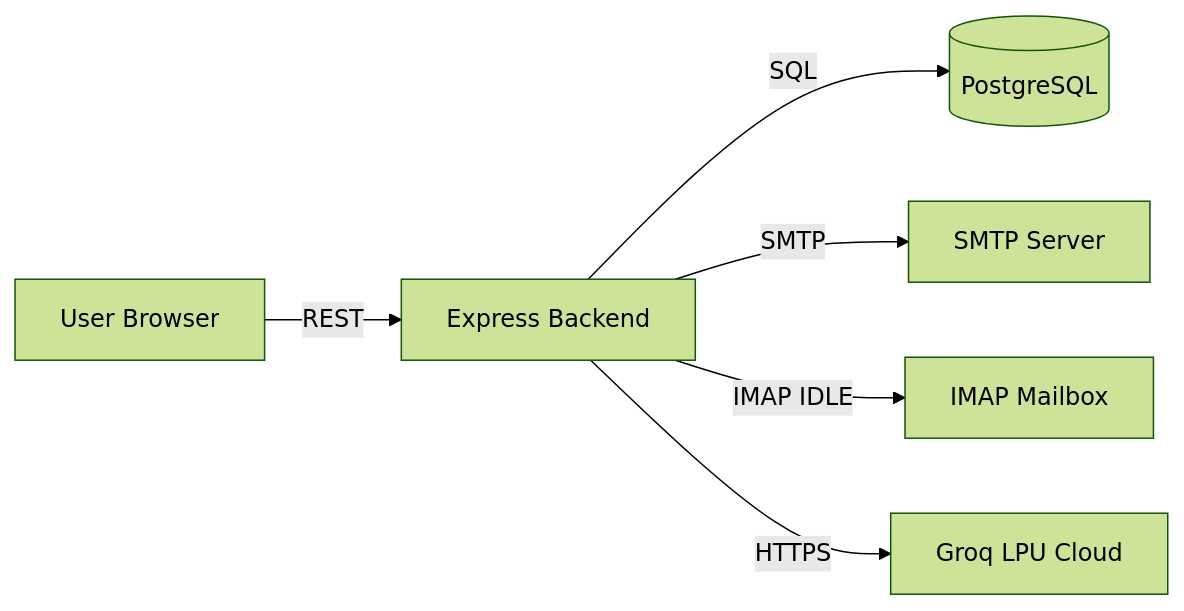
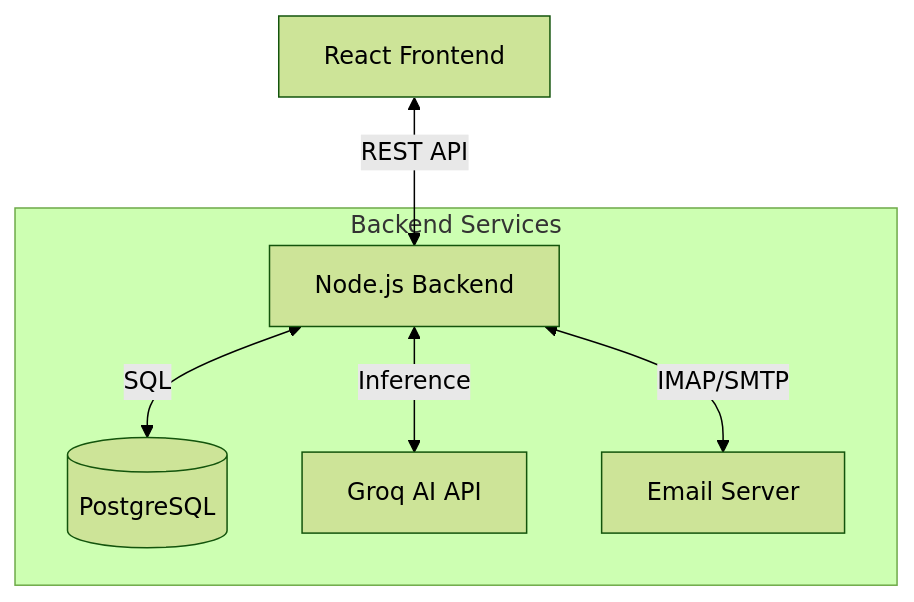
The first of 4 diagrams in README.md (techmedaddy/procuro), drawn with Mermaid (forest theme) before and after one commit. The commit also changed other lines of this file, not shown here.

````diff
--- a/README.md
+++ b/README.md
@@ -69,8 +30,10 @@
 ```mermaid
-graph LR
-    Browser[User Browser] -- REST --> API[Express Backend]
-    API -- SQL --> PG[(PostgreSQL)]
-    API -- SMTP --> SMTP[SMTP Server]
-    API -- IMAP IDLE --> IMAP[IMAP Mailbox]
-    API -- HTTPS --> GroqLLM[Groq LPU Cloud]
+graph TD
+    Client[React Frontend] <-->|REST API| Server[Node.js Backend]
+    
+    subgraph Backend Services
+        Server <-->|SQL| DB[(PostgreSQL)]
+        Server <-->|Inference| AI[Groq AI API]
+        Server <-->|IMAP/SMTP| Email[Email Server]
+    end
 ```
````
